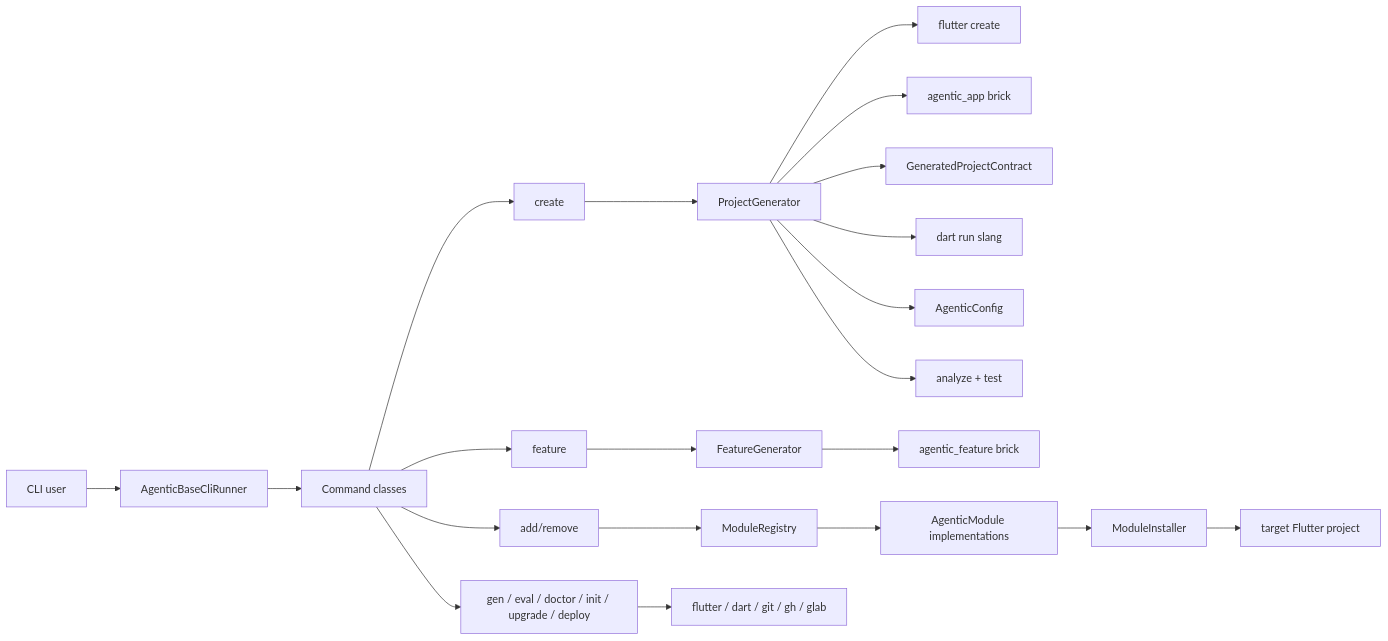
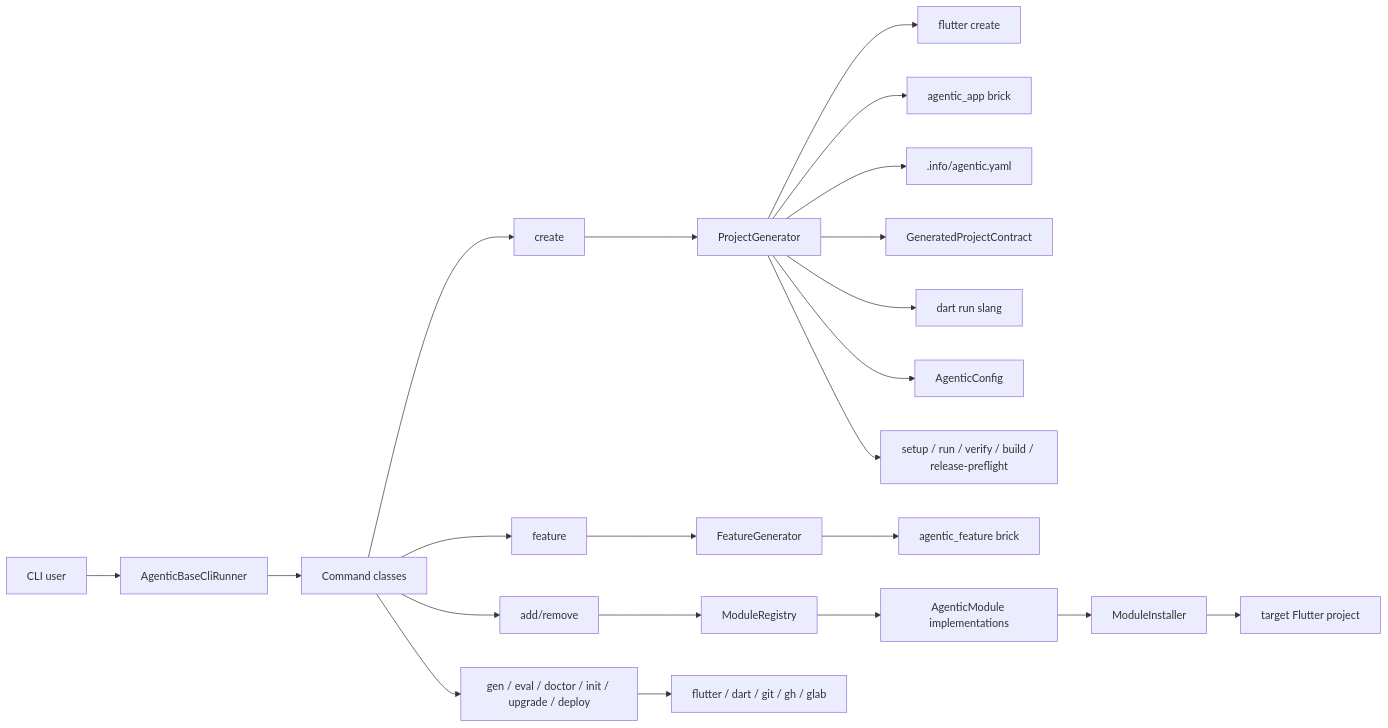
One commit to biendo27/agentic_base changed the diagram in docs/04-system-architecture.md. Above: the diagram before and after it, drawn with Mermaid. The commit also changed other lines of this file and 64 other files, not shown here.

````diff
--- a/docs/04-system-architecture.md
+++ b/docs/04-system-architecture.md
@@ -7,28 +7,29 @@
 ```mermaid
 flowchart LR
   User["CLI user"] --> Runner["AgenticBaseCliRunner"]
   Runner --> Commands["Command classes"]
 
   Commands --> Create["create"]
   Commands --> Feature["feature"]
   Commands --> Modules["add/remove"]
   Commands --> Ops["gen / eval / doctor / init / upgrade / deploy"]
 
   Create --> ProjectGenerator["ProjectGenerator"]
   ProjectGenerator --> FlutterCreate["flutter create"]
   ProjectGenerator --> AppBrick["agentic_app brick"]
+  ProjectGenerator --> ContractYaml[".info/agentic.yaml"]
   ProjectGenerator --> Contract["GeneratedProjectContract"]
   ProjectGenerator --> Slang["dart run slang"]
   ProjectGenerator --> Config["AgenticConfig"]
-  ProjectGenerator --> Verify["analyze + test"]
+  ProjectGenerator --> Verify["setup / run / verify / build / release-preflight"]
 
   Feature --> FeatureGenerator["FeatureGenerator"]
   FeatureGenerator --> FeatureBrick["agentic_feature brick"]
 
   Modules --> Registry["ModuleRegistry"]
   Registry --> ModuleImpl["AgenticModule implementations"]
   ModuleImpl --> Installer["ModuleInstaller"]
   Installer --> Target["target Flutter project"]
 
   Ops --> Tooling["flutter / dart / git / gh / glab"]
 ```
````
